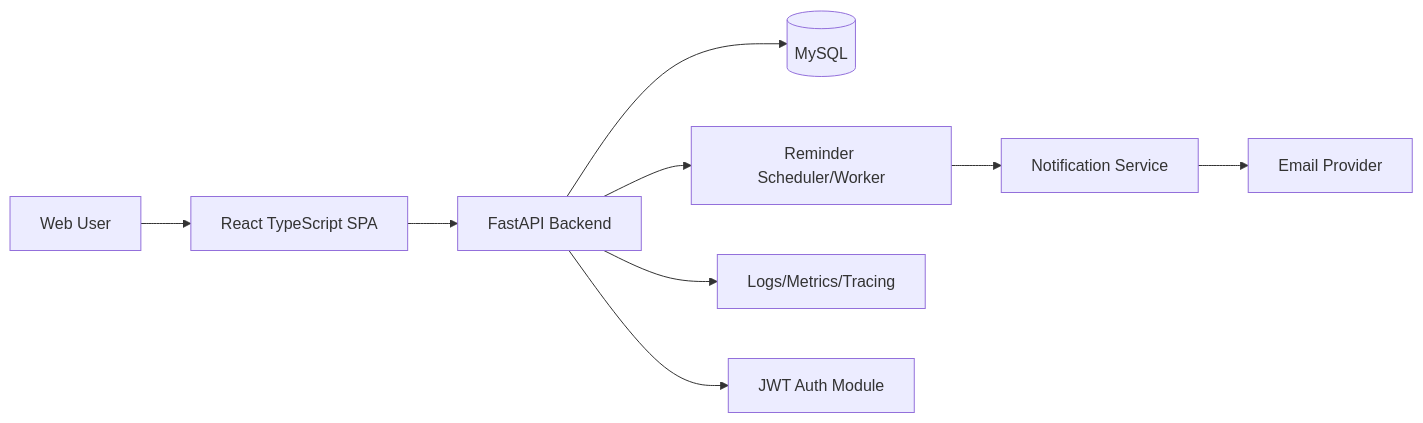
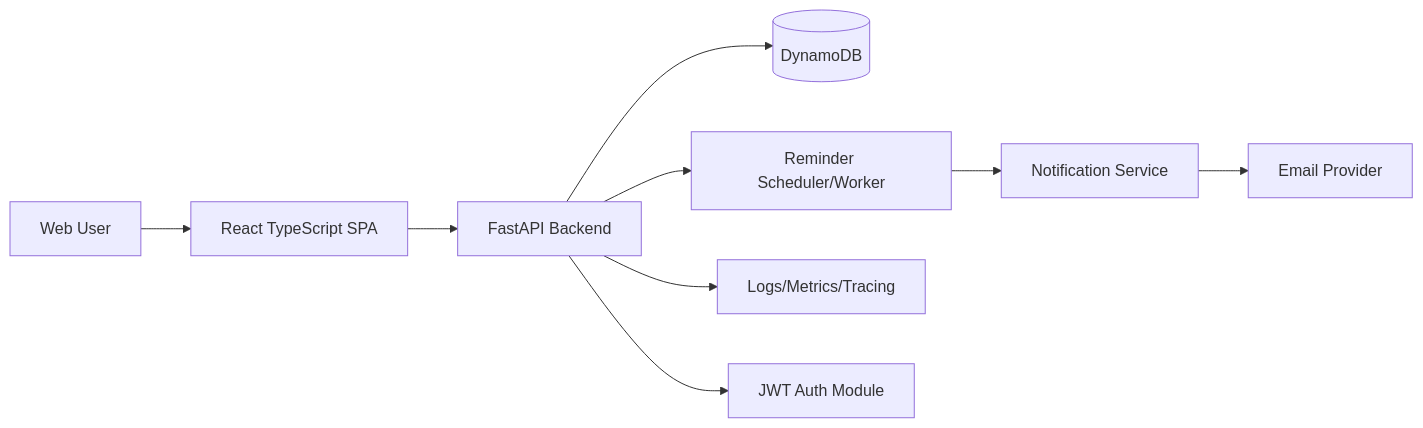
The first of 4 diagrams in docs/19-system-design.md (sayef-reyadh/smart-todo), drawn with Mermaid before and after one commit. The commit also changed other lines of this file and 9 other files, not shown here.

````diff
--- a/docs/19-system-design.md
+++ b/docs/19-system-design.md
@@ -11,11 +11,11 @@
 ```mermaid
 flowchart LR
   U[Web User] --> FE[React TypeScript SPA]
   FE --> API[FastAPI Backend]
-  API --> DB[(MySQL)]
+  API --> DB[(DynamoDB)]
   API --> Q[Reminder Scheduler/Worker]
   Q --> NS[Notification Service]
   NS --> EMAIL[Email Provider]
   API --> OBS[Logs/Metrics/Tracing]
   API --> AUTH[JWT Auth Module]
 ```
````
